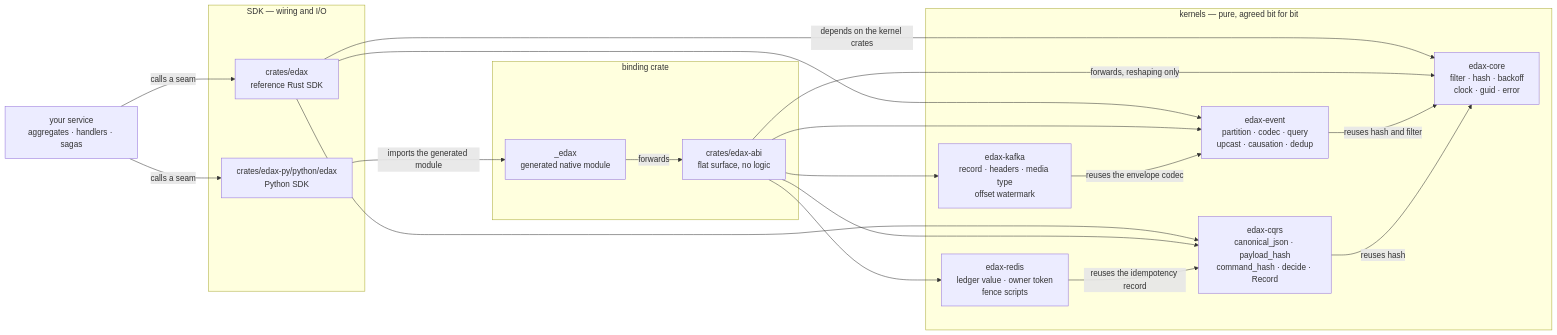
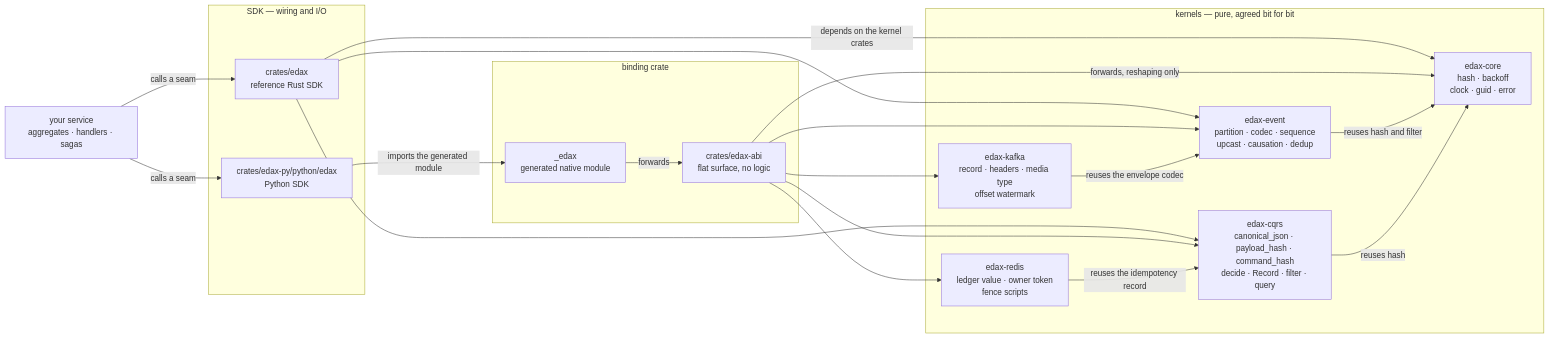
One commit to haskian/edax changed the first of 2 diagrams in docs/kernels/README.md. Above: the diagram before and after it, drawn with Mermaid. The commit also changed other lines of this file and 27 other files, not shown here.

````diff
--- a/docs/kernels/README.md
+++ b/docs/kernels/README.md
@@ -10,39 +10,39 @@
 ```mermaid
 flowchart LR
     APP["your service<br/>aggregates · handlers · sagas"]
 
     subgraph sdks["SDK — wiring and I/O"]
         RS["crates/edax<br/>reference Rust SDK"]
         PY["crates/edax-py/python/edax<br/>Python SDK"]
     end
 
     subgraph binding["binding crate"]
         ABI["crates/edax-abi<br/>flat surface, no logic"]
         NAT["_edax<br/>generated native module"]
     end
 
     subgraph kernels["kernels — pure, agreed bit for bit"]
-        CORE["edax-core<br/>filter · hash · backoff<br/>clock · guid · error"]
-        EV["edax-event<br/>partition · codec · query<br/>upcast · causation · dedup"]
-        CQ["edax-cqrs<br/>canonical_json · payload_hash<br/>command_hash · decide · Record"]
+        CORE["edax-core<br/>hash · backoff<br/>clock · guid · error"]
+        EV["edax-event<br/>partition · codec · sequence<br/>upcast · causation · dedup"]
+        CQ["edax-cqrs<br/>canonical_json · payload_hash · command_hash<br/>decide · Record · filter · query"]
         KAF["edax-kafka<br/>record · headers · media type<br/>offset watermark"]
         RED["edax-redis<br/>ledger value · owner token<br/>fence scripts"]
     end
 
     APP -->|"calls a seam"| RS
     APP -->|"calls a seam"| PY
     RS -->|"depends on the kernel crates"| CORE
     RS --> EV
     RS --> CQ
     PY -->|"imports the generated module"| NAT
     NAT -->|"forwards"| ABI
     ABI -->|"forwards, reshaping only"| CORE
     ABI --> EV
     ABI --> CQ
     ABI --> KAF
     ABI --> RED
     EV -->|"reuses hash and filter"| CORE
     CQ -->|"reuses hash"| CORE
     KAF -->|"reuses the envelope codec"| EV
     RED -->|"reuses the idempotency record"| CQ
 ```
````
